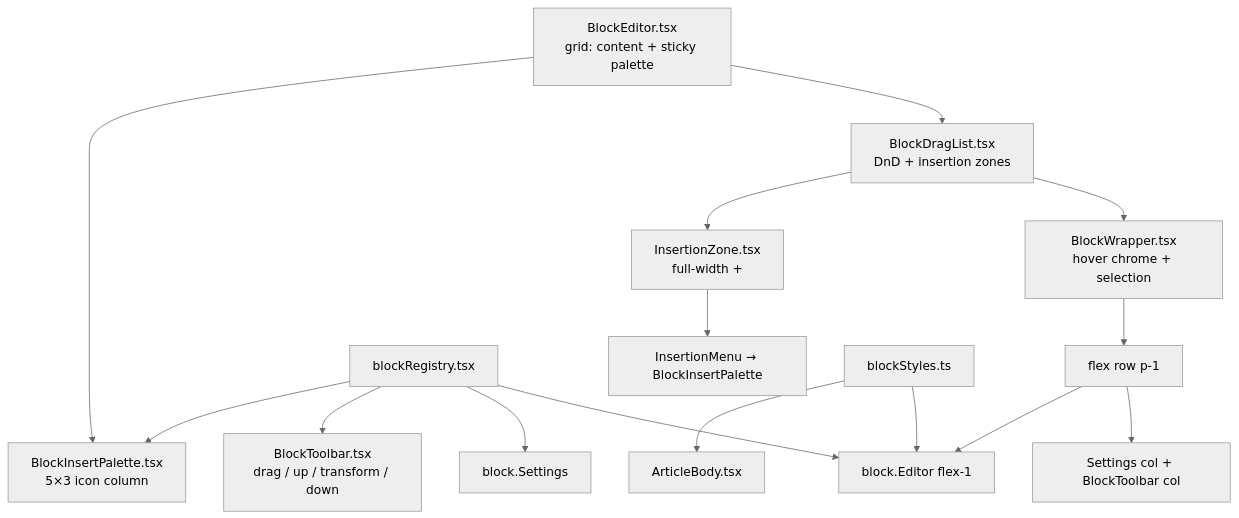
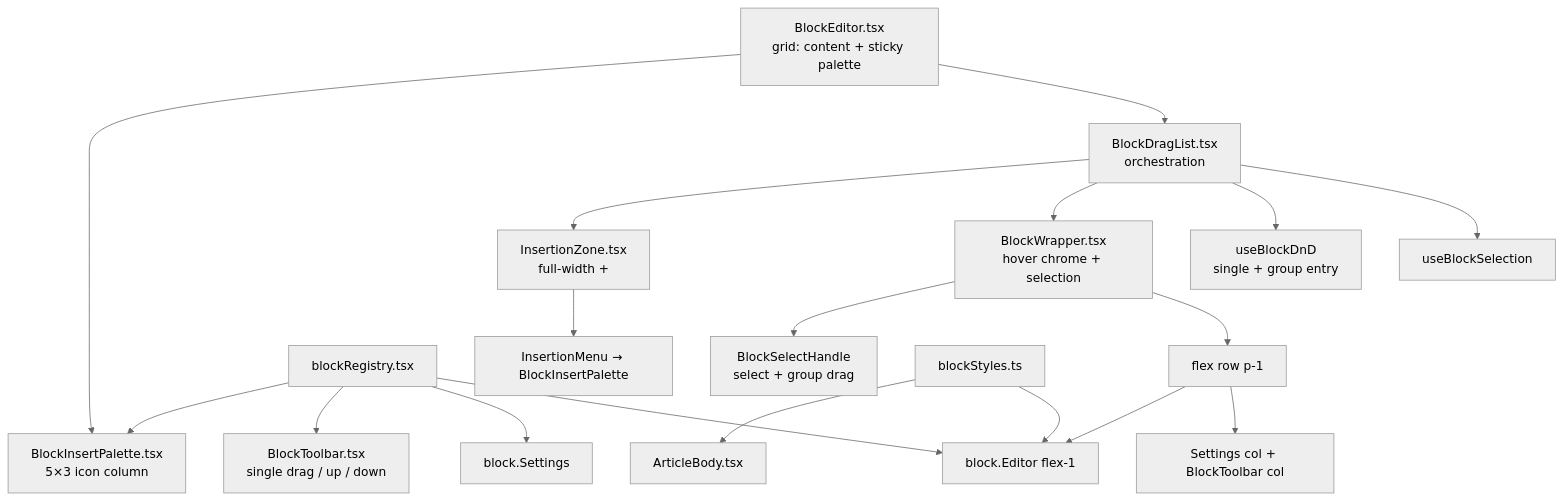
One commit to dash000meyti/nextgen-cms-Pelak changed the diagram in docs/BLOCK-EDITOR.md. Above: the diagram before and after it, drawn with Mermaid (neutral theme). The commit also changed other lines of this file and 19 other files, not shown here.

````diff
--- a/docs/BLOCK-EDITOR.md
+++ b/docs/BLOCK-EDITOR.md
@@ -25,17 +25,20 @@
 ```mermaid
 flowchart TB
-  Shell["BlockEditor.tsx<br/>grid: content + sticky palette"] --> DragList["BlockDragList.tsx<br/>DnD + insertion zones"]
+  Shell["BlockEditor.tsx<br/>grid: content + sticky palette"] --> DragList["BlockDragList.tsx<br/>orchestration"]
   Shell --> Palette["BlockInsertPalette.tsx<br/>5×3 icon column"]
+  DragList --> Sel["useBlockSelection"]
+  DragList --> DnD["useBlockDnD<br/>single + group entry"]
   DragList --> Wrapper["BlockWrapper.tsx<br/>hover chrome + selection"]
   Wrapper --> Row["flex row p-1"]
   Row --> Chrome["Settings col + BlockToolbar col"]
   Row --> Editor["block.Editor flex-1"]
   Registry["blockRegistry.tsx"] --> Editor
   Registry --> Settings["block.Settings"]
-  Registry --> Toolbar["BlockToolbar.tsx<br/>drag / up / transform / down"]
+  Registry --> Toolbar["BlockToolbar.tsx<br/>single drag / up / down"]
   Registry --> Palette
+  Wrapper --> SelectHandle["BlockSelectHandle<br/>select + group drag"]
   DragList --> Zone["InsertionZone.tsx<br/>full-width +"]
   Zone --> Menu["InsertionMenu → BlockInsertPalette"]
   Styles["blockStyles.ts"] --> Editor
   Styles --> Public["ArticleBody.tsx"]
 ```
````
